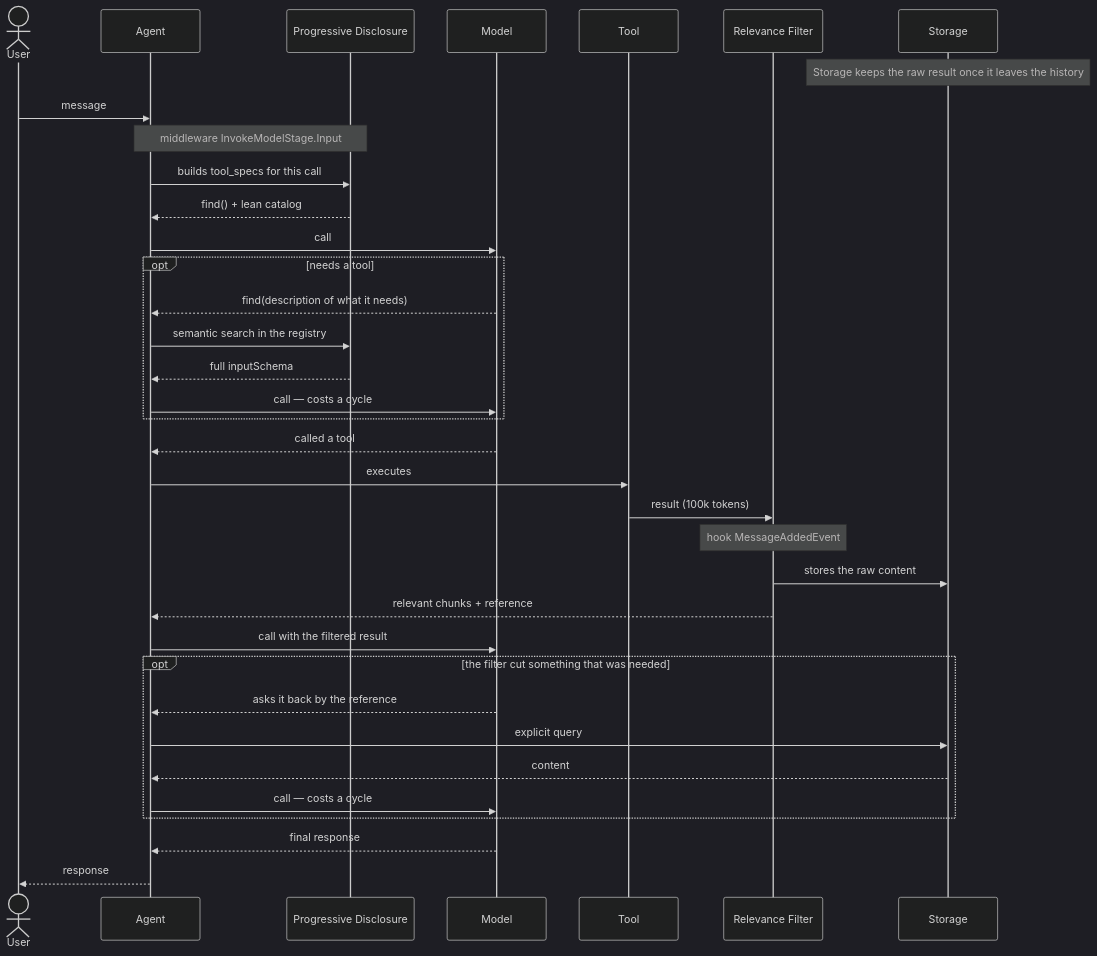
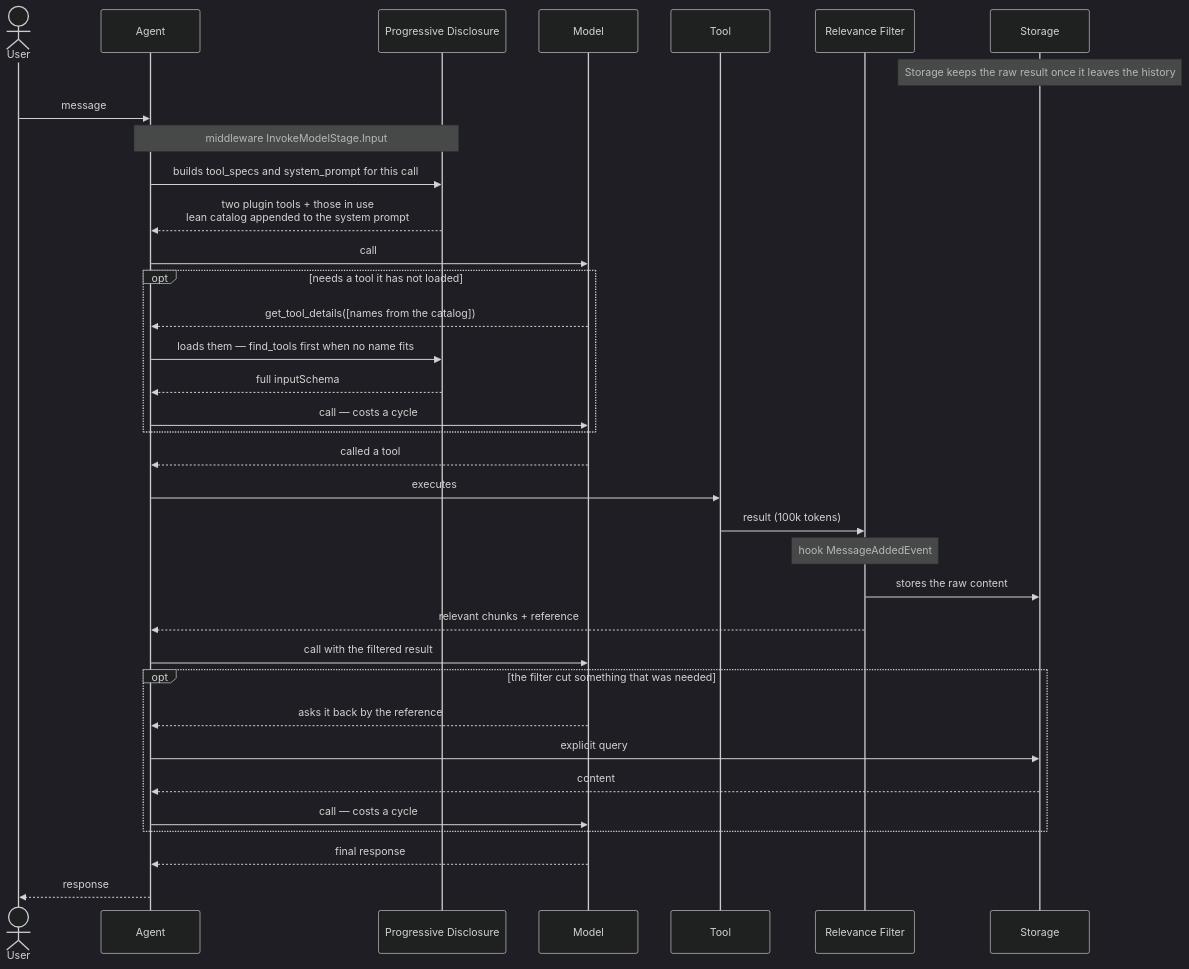
Before and after one commit to aws-samples/sample-context-engineering: the third of 3 diagrams in docs/design/design.md, drawn with Mermaid (dark theme). The commit also changed other lines of this file and 5 other files, not shown here.

First line of the commit message:
docs(disclosure): describe the system-prompt catalog and get_tool_details

````diff
--- a/docs/design/design.md
+++ b/docs/design/design.md
@@ -416,47 +419,47 @@
 ```mermaid
 sequenceDiagram
     actor U as User
     participant AG as Agent
     participant B as Progressive Disclosure
     participant M as Model
     participant T as Tool
     participant A as Relevance Filter
     participant S as Storage
 
     Note over S: Storage keeps the raw result once it leaves the history
 
     U->>AG: message
 
     Note over AG,B: middleware InvokeModelStage.Input
-    AG->>B: builds tool_specs for this call
-    B-->>AG: find() + lean catalog
+    AG->>B: builds tool_specs and system_prompt for this call
+    B-->>AG: two plugin tools + those in use<br/>lean catalog appended to the system prompt
 
     AG->>M: call
 
-    opt needs a tool
-        M-->>AG: find(description of what it needs)
-        AG->>B: semantic search in the registry
+    opt needs a tool it has not loaded
+        M-->>AG: get_tool_details([names from the catalog])
+        AG->>B: loads them — find_tools first when no name fits
         B-->>AG: full inputSchema
         AG->>M: call — costs a cycle
     end
 
     M-->>AG: called a tool
 
     AG->>T: executes
     T->>A: result (100k tokens)
     Note over A: hook MessageAddedEvent
     A->>S: stores the raw content
     A-->>AG: relevant chunks + reference
 
     AG->>M: call with the filtered result
 
     opt the filter cut something that was needed
         M-->>AG: asks it back by the reference
         AG->>S: explicit query
         S-->>AG: content
         AG->>M: call — costs a cycle
     end
 
     M-->>AG: final response
     AG-->>U: response
 ```
````
